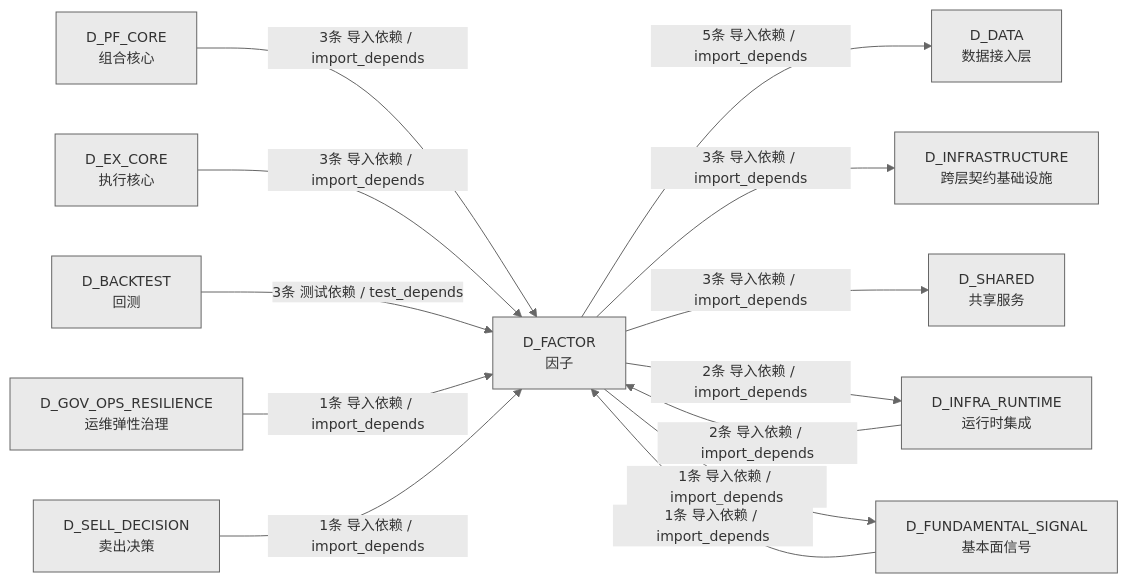
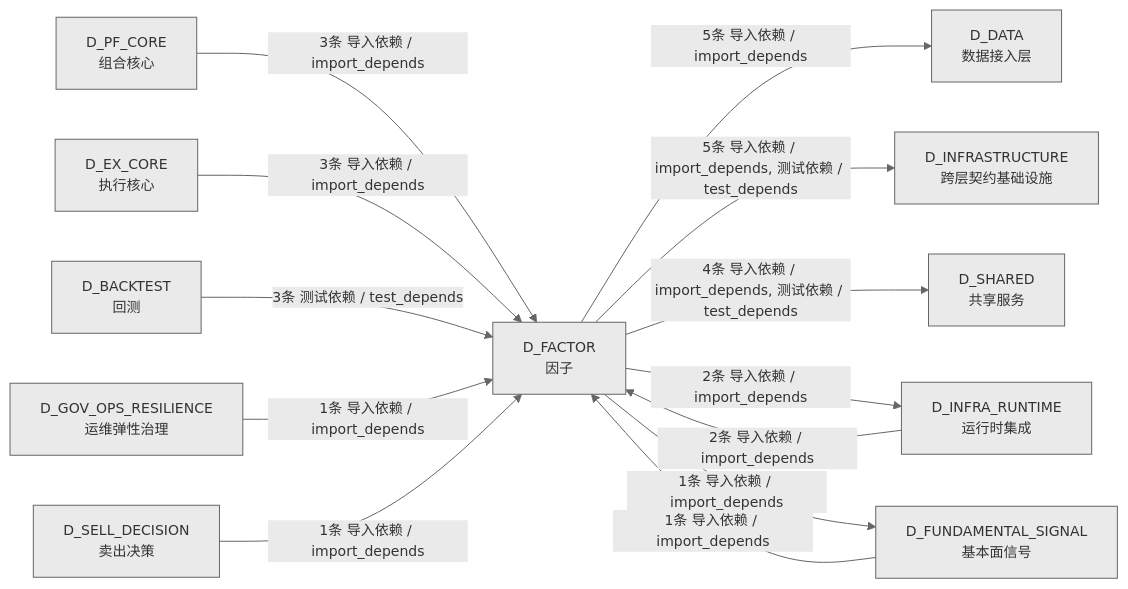
The third of 3 diagrams in docs/02_enterprise_architecture/02_domain_architecture_docs/46_d_factor.md (xuanFelixVan/ZephyrAlpha), drawn with Mermaid before and after one commit. The commit also changed other lines of this file and 42 other files, not shown here.

````diff
--- a/docs/02_enterprise_architecture/02_domain_architecture_docs/46_d_factor.md
+++ b/docs/02_enterprise_architecture/02_domain_architecture_docs/46_d_factor.md
@@ -453,27 +547,27 @@
 ```mermaid
 %%{init: {'theme': 'base', 'themeVariables': {'primaryColor': '#eaeaea', 'primaryTextColor': '#333333', 'primaryBorderColor': '#666666', 'lineColor': '#666666', 'secondaryColor': '#eaeaea', 'tertiaryColor': '#eaeaea', 'fontSize': '14px'}}}%%
 graph LR
     D_FACTOR["D_FACTOR<br/>因子"]
     D_DATA["D_DATA<br/>数据接入层"]
     D_INFRASTRUCTURE["D_INFRASTRUCTURE<br/>跨层契约基础设施"]
     D_SHARED["D_SHARED<br/>共享服务"]
     D_INFRA_RUNTIME["D_INFRA_RUNTIME<br/>运行时集成"]
     D_FUNDAMENTAL_SIGNAL["D_FUNDAMENTAL_SIGNAL<br/>基本面信号"]
     D_PF_CORE["D_PF_CORE<br/>组合核心"]
     D_EX_CORE["D_EX_CORE<br/>执行核心"]
     D_BACKTEST["D_BACKTEST<br/>回测"]
     D_GOV_OPS_RESILIENCE["D_GOV_OPS_RESILIENCE<br/>运维弹性治理"]
     D_SELL_DECISION["D_SELL_DECISION<br/>卖出决策"]
     D_FACTOR -->|5条 导入依赖 / import_depends| D_DATA
-    D_FACTOR -->|3条 导入依赖 / import_depends| D_INFRASTRUCTURE
-    D_FACTOR -->|3条 导入依赖 / import_depends| D_SHARED
+    D_FACTOR -->|5条 导入依赖 / import_depends, 测试依赖 / test_depends| D_INFRASTRUCTURE
+    D_FACTOR -->|4条 导入依赖 / import_depends, 测试依赖 / test_depends| D_SHARED
     D_FACTOR -->|2条 导入依赖 / import_depends| D_INFRA_RUNTIME
     D_FACTOR -->|1条 导入依赖 / import_depends| D_FUNDAMENTAL_SIGNAL
     D_PF_CORE -->|3条 导入依赖 / import_depends| D_FACTOR
     D_EX_CORE -->|3条 导入依赖 / import_depends| D_FACTOR
     D_BACKTEST -->|3条 测试依赖 / test_depends| D_FACTOR
     D_INFRA_RUNTIME -->|2条 导入依赖 / import_depends| D_FACTOR
     D_GOV_OPS_RESILIENCE -->|1条 导入依赖 / import_depends| D_FACTOR
     D_FUNDAMENTAL_SIGNAL -->|1条 导入依赖 / import_depends| D_FACTOR
     D_SELL_DECISION -->|1条 导入依赖 / import_depends| D_FACTOR
 ```
````
